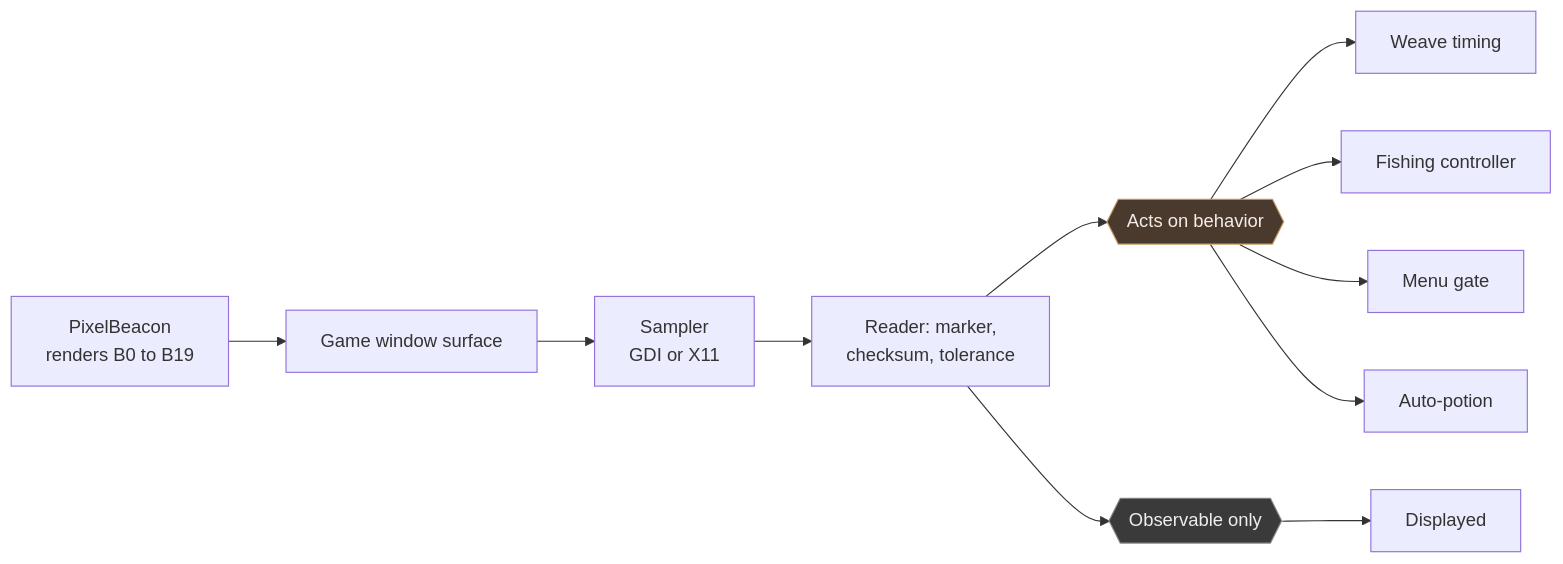
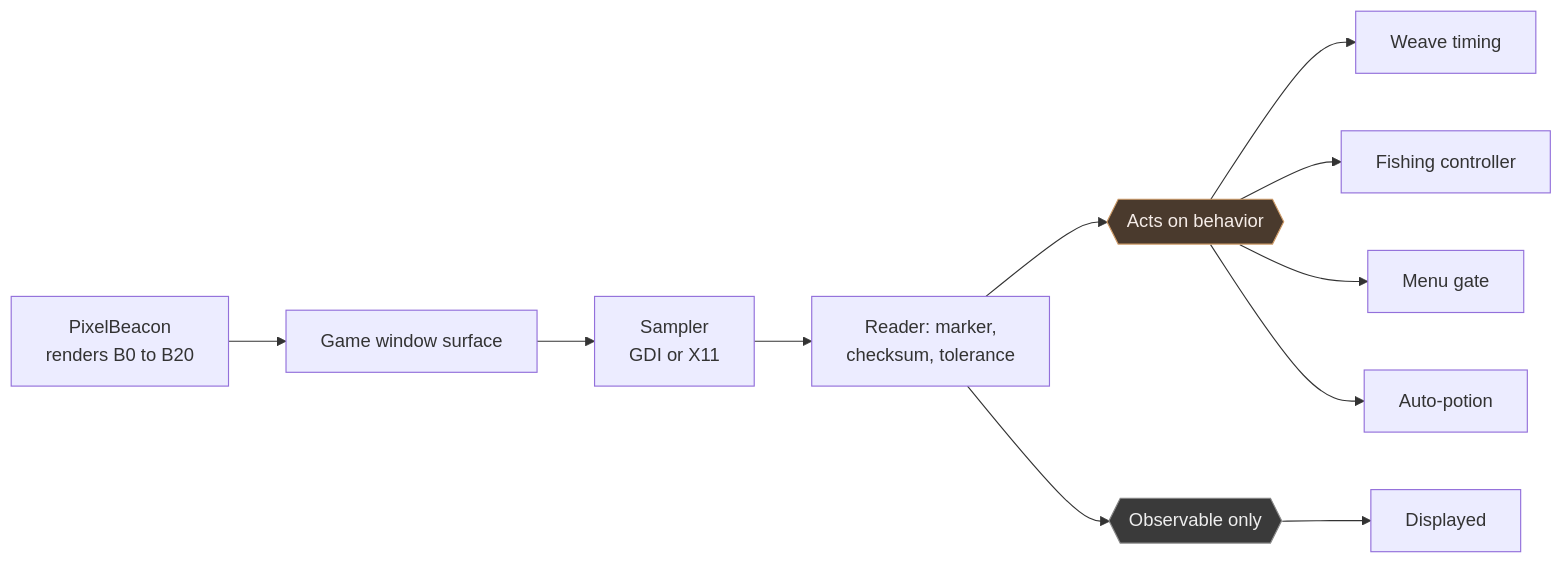
One commit to h8rt3rmin8r/eso-weave changed the fourth of 4 diagrams in docs/ESO-Weave-Specification.md. Above: the diagram before and after it, drawn with Mermaid. The commit also changed other lines of this file and 26 other files, not shown here.

````diff
--- a/docs/ESO-Weave-Specification.md
+++ b/docs/ESO-Weave-Specification.md
@@ -593,16 +594,16 @@
 ```mermaid
 flowchart LR
-    ADDON[PixelBeacon<br/>renders B0 to B19] --> SURF[Game window surface]
+    ADDON[PixelBeacon<br/>renders B0 to B20] --> SURF[Game window surface]
     SURF --> SMP[Sampler<br/>GDI or X11]
     SMP --> RDR[Reader: marker,<br/>checksum, tolerance]
     RDR --> ACT{{Acts on behavior}}
     RDR --> OBS{{Observable only}}
     ACT --> WE[Weave timing]
     ACT --> FC[Fishing controller]
     ACT --> GATE[Menu gate]
     ACT --> AP[Auto-potion]
     OBS --> UI[Displayed]
 
     style ACT fill:#4a3a2d,stroke:#c96,color:#f5ece8
     style OBS fill:#3a3a3a,stroke:#888,color:#eee
 ```
````
